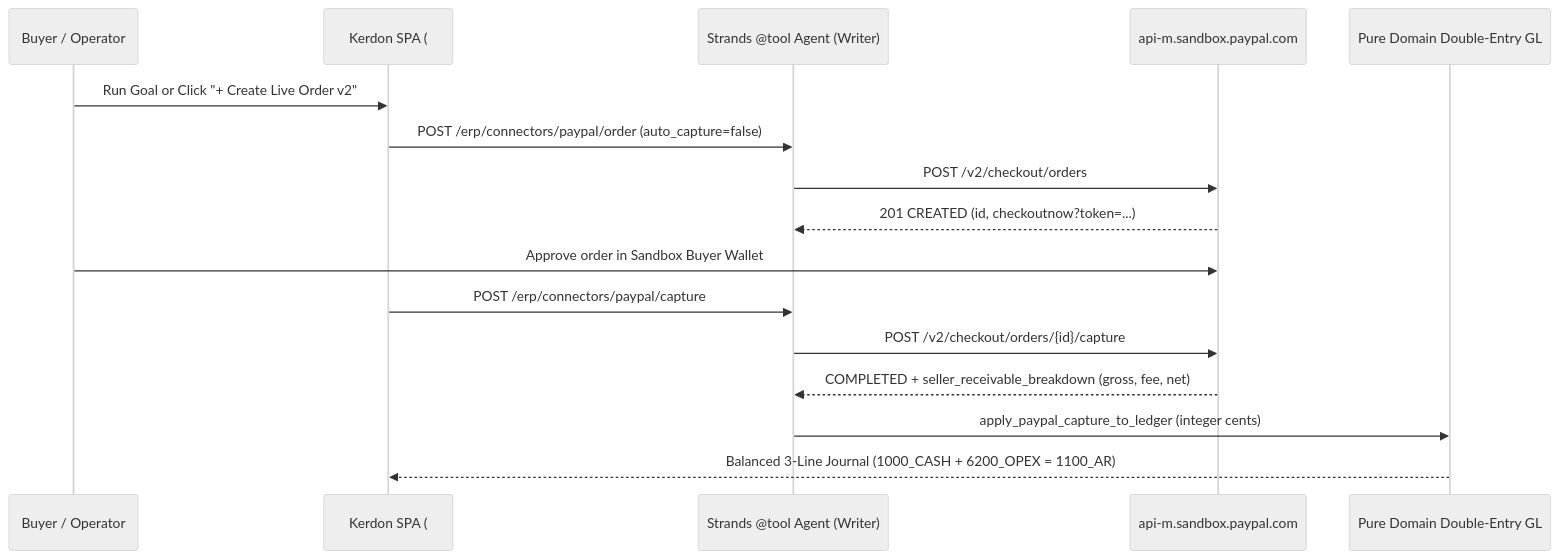
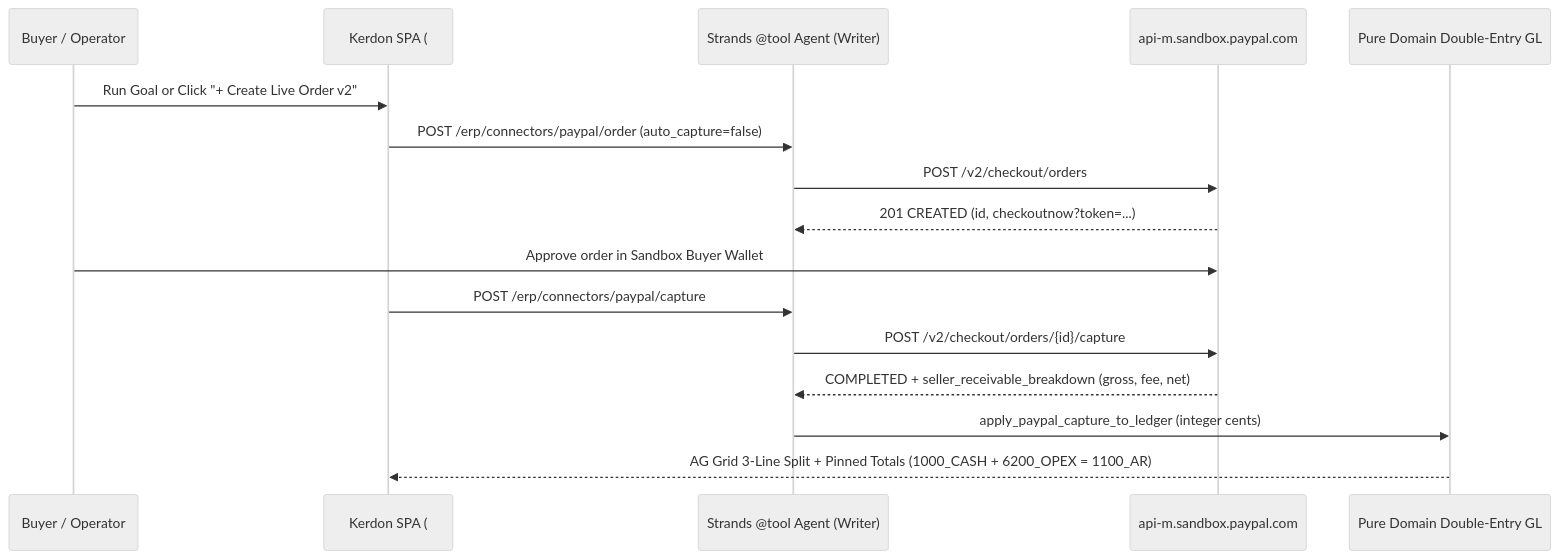
The second of 2 diagrams in README.md (upgradedev/kerdon-paypal-erp), drawn with Mermaid (neutral theme) before and after one commit. The commit also changed other lines of this file and 25 other files, not shown here.

````diff
--- a/README.md
+++ b/README.md
@@ -51,19 +63,19 @@
 ```mermaid
 sequenceDiagram
     participant Buyer as Buyer / Operator
-    participant UI as Kerdon SPA (#module=paypal)
+    participant UI as Kerdon SPA (#module=paypal + AG Grid)
     participant Agent as Strands @tool Agent (Writer)
     participant PayPal as api-m.sandbox.paypal.com
     participant GL as Pure Domain Double-Entry GL
 
     Buyer->>UI: Run Goal or Click "+ Create Live Order v2"
     UI->>Agent: POST /erp/connectors/paypal/order (auto_capture=false)
     Agent->>PayPal: POST /v2/checkout/orders
     PayPal-->>Agent: 201 CREATED (id, checkoutnow?token=...)
     Buyer->>PayPal: Approve order in Sandbox Buyer Wallet
     UI->>Agent: POST /erp/connectors/paypal/capture
     Agent->>PayPal: POST /v2/checkout/orders/{id}/capture
     PayPal-->>Agent: COMPLETED + seller_receivable_breakdown (gross, fee, net)
     Agent->>GL: apply_paypal_capture_to_ledger (integer cents)
-    GL-->>UI: Balanced 3-Line Journal (1000_CASH + 6200_OPEX = 1100_AR)
+    GL-->>UI: AG Grid 3-Line Split + Pinned Totals (1000_CASH + 6200_OPEX = 1100_AR)
 ```
````
